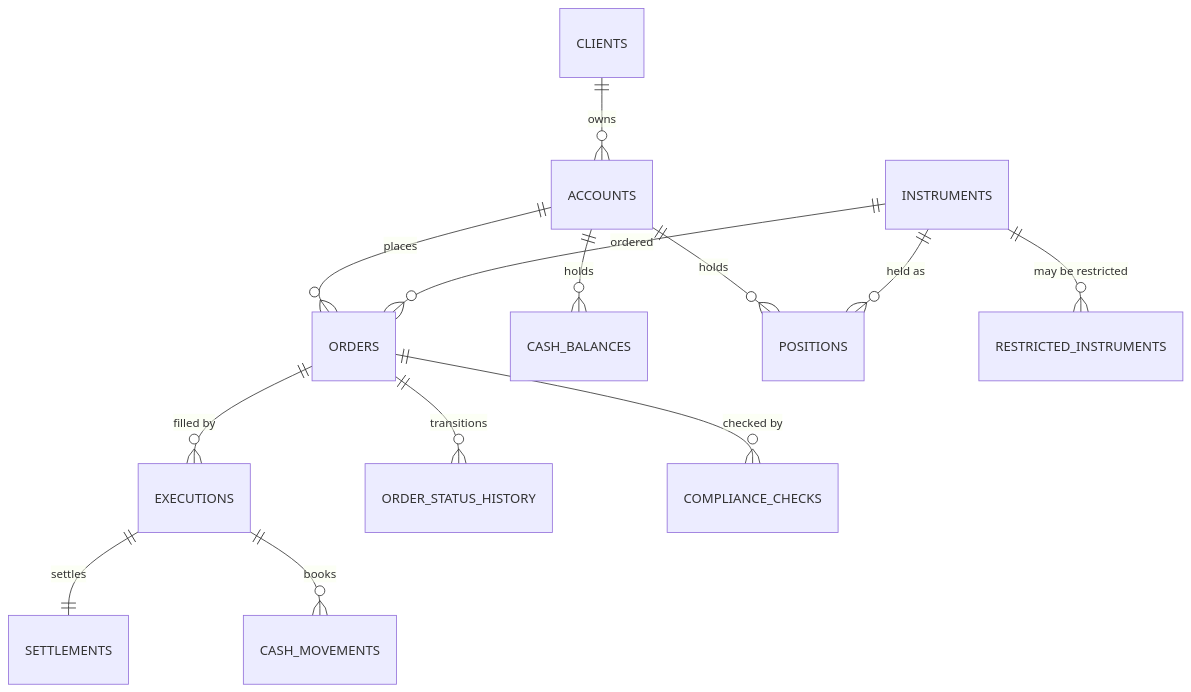
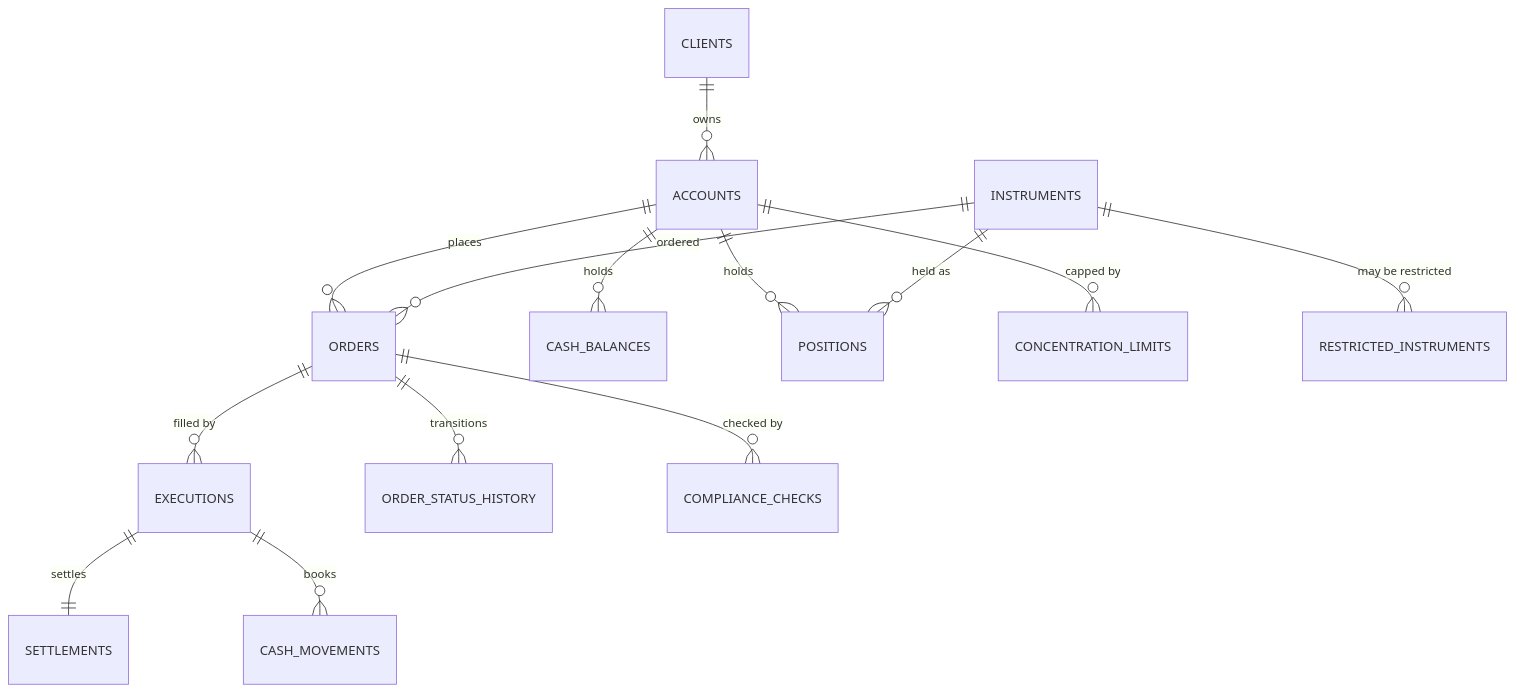
One commit to SaaSGun/fin-order-management-api changed the diagram in README.md. Above: the diagram before and after it, drawn with Mermaid. The commit also changed other lines of this file, not shown here.

````diff
--- a/README.md
+++ b/README.md
@@ -57,15 +158,16 @@
 ```mermaid
 erDiagram
     CLIENTS ||--o{ ACCOUNTS : owns
     ACCOUNTS ||--o{ ORDERS : places
     ACCOUNTS ||--o{ CASH_BALANCES : holds
     ACCOUNTS ||--o{ POSITIONS : holds
+    ACCOUNTS ||--o{ CONCENTRATION_LIMITS : "capped by"
     INSTRUMENTS ||--o{ ORDERS : "ordered"
     INSTRUMENTS ||--o{ POSITIONS : "held as"
+    INSTRUMENTS ||--o{ RESTRICTED_INSTRUMENTS : "may be restricted"
     ORDERS ||--o{ EXECUTIONS : "filled by"
     ORDERS ||--o{ ORDER_STATUS_HISTORY : "transitions"
     ORDERS ||--o{ COMPLIANCE_CHECKS : "checked by"
     EXECUTIONS ||--|| SETTLEMENTS : settles
     EXECUTIONS ||--o{ CASH_MOVEMENTS : "books"
-    INSTRUMENTS ||--o{ RESTRICTED_INSTRUMENTS : "may be restricted"
 ```
````
